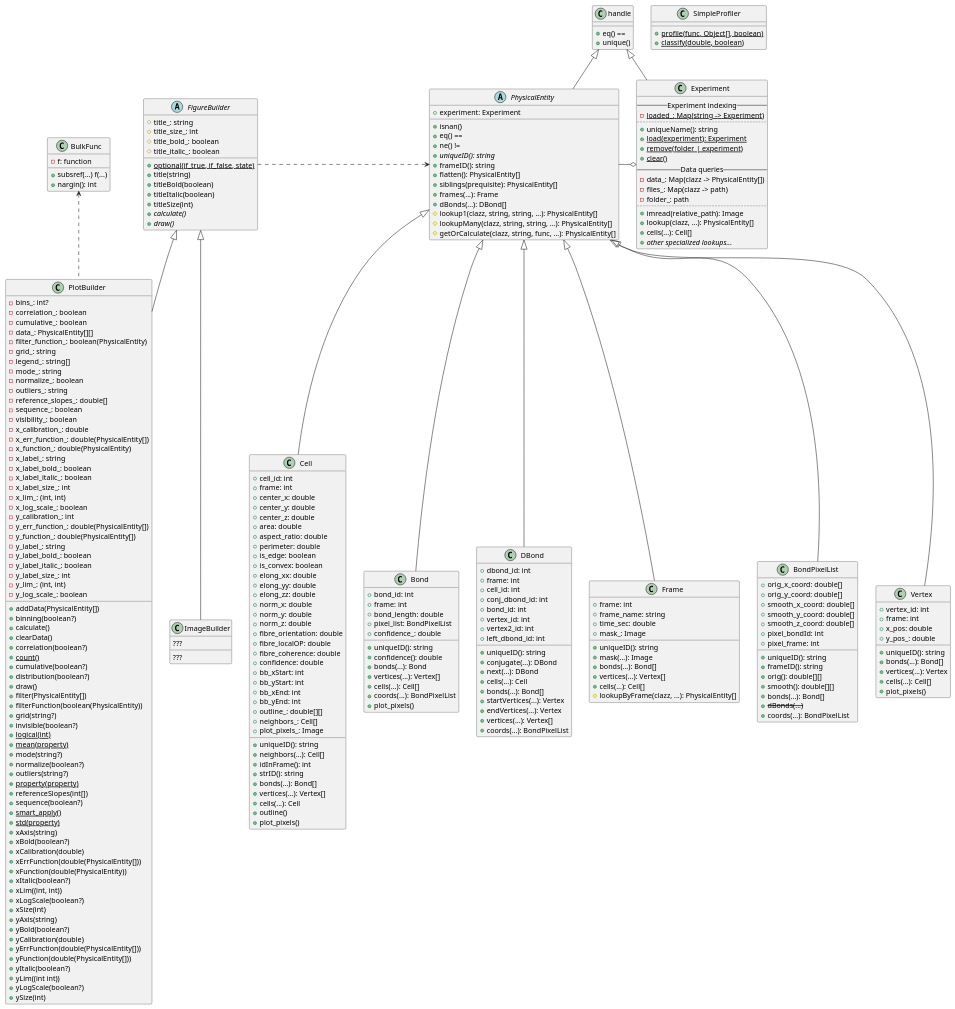
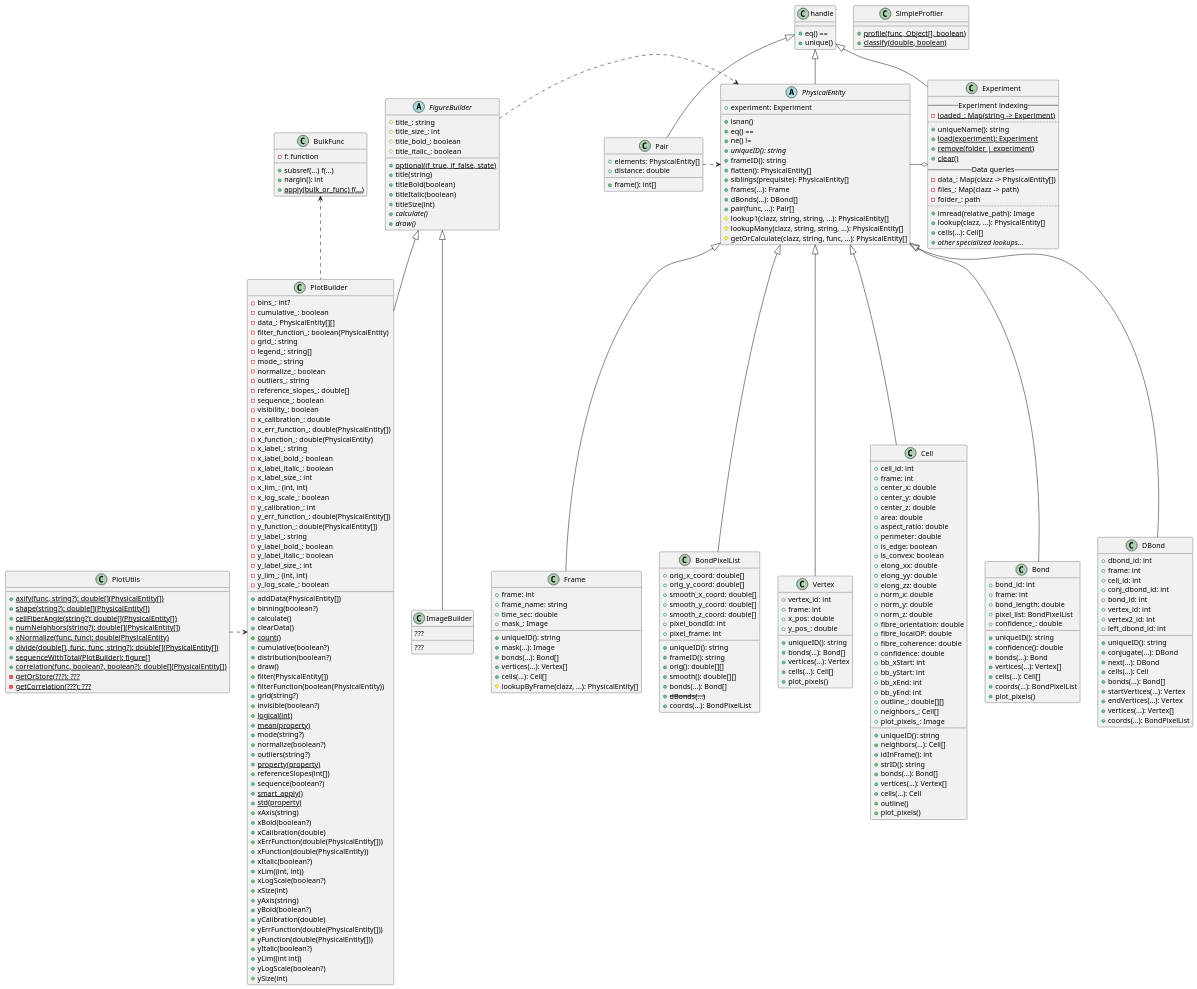
Before and after one commit to KinneretLab/PostSegmentationAnalysis: the diagram in doc/api_graph.puml, drawn with PlantUML. The commit also changed 1 other file, not shown here.

```diff
--- a/doc/api_graph.puml
+++ b/doc/api_graph.puml
@@ -24,6 +24,12 @@
     + {method} <i>other specialized lookups...</i>
 }
 
+class Pair extends handle {
+    + elements: PhysicalEntity[]
+    + distance: double
+    + frame(): int[]
+}
+
 abstract class PhysicalEntity extends handle {
     + experiment: Experiment
     + isnan()
@@ -35,6 +41,7 @@
     + siblings(prequisite): PhysicalEntity[]
     + frames(...): Frame
     + dBonds(...): DBond[]
+    + pair(func, ...): Pair[]
     # lookup1(clazz, string, string, ...): PhysicalEntity[]
     # lookupMany(clazz, string, string, ...): PhysicalEntity[]
     # getOrCalculate(clazz, string, func, ...): PhysicalEntity[]
@@ -160,6 +167,7 @@
     - f: function
     + subsref(...) f(...)
     + nargin(): int
+    + {static} apply(bulk_or_func) f(...)
 }
 
 class SimpleProfiler {
@@ -183,7 +191,6 @@
 
 class PlotBuilder extends FigureBuilder {
     - bins_: int?
-    - correlation_: boolean
     - cumulative_: boolean
     - data_: PhysicalEntity[][]
     - {field} filter_function_: boolean(PhysicalEntity)
@@ -217,7 +224,6 @@
     + binning(boolean?)
     + calculate()
     + clearData()
-    + correlation(boolean?)
     + {static} count()
     + cumulative(boolean?)
     + distribution(boolean?)
@@ -261,7 +267,22 @@
 {method} ???
 }
 
+class PlotUtils {
+    + {static} axify(func, string?): double[](PhysicalEntity[])
+    + {static} shape(string?): double[](PhysicalEntity[])
+    + {static} cellFiberAngle(string?): double[](PhysicalEntity[])
+    + {static} numNeighbors(string?): double[](PhysicalEntity[])
+    + {static} xNormalize(func, func): double(PhysicalEntity)
+    + {static} divide(double[], func, func, string?): double[](PhysicalEntity[])
+    + {static} sequenceWithTotal(PlotBuilder): figure[]
+    + {static} correlation(func, boolean?, boolean?): double[](PhysicalEntity[])
+    - {static} getOrStore(???): ???
+    - {static} getCorrelation(???): ???
+}
+
 FigureBuilder .> PhysicalEntity
 PhysicalEntity -o Experiment
 BulkFunc <.. PlotBuilder
+PlotUtils .> PlotBuilder
+Pair .> PhysicalEntity
 @enduml
```
